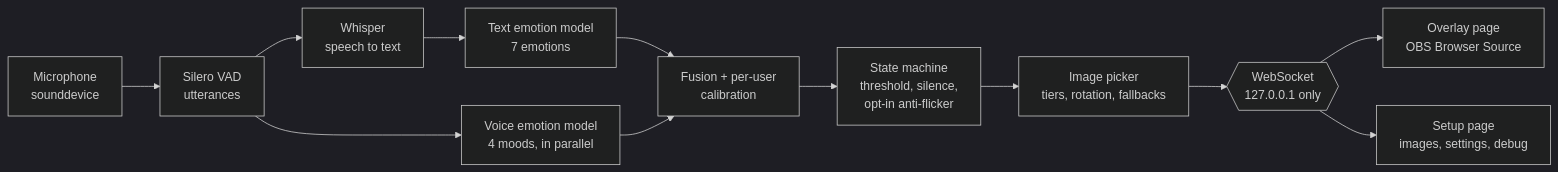
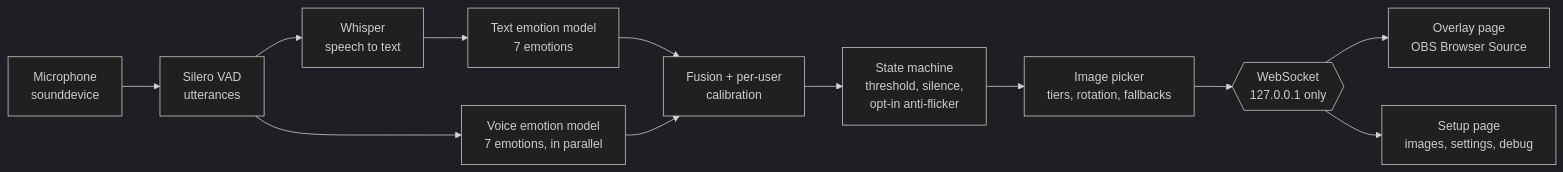
The diagram in README.md (pjang123/speech-emotion-overlay), drawn with Mermaid (dark theme) before and after one commit. The commit also changed other lines of this file and 45 other files, not shown here.

````diff
--- a/README.md
+++ b/README.md
@@ -24,14 +27,14 @@
 ```mermaid
 flowchart LR
     mic[Microphone<br/>sounddevice] --> vad[Silero VAD<br/>utterances]
     vad --> asr[Whisper<br/>speech to text]
     asr --> text[Text emotion model<br/>7 emotions]
-    vad --> voice[Voice emotion model<br/>4 moods, in parallel]
+    vad --> voice[Voice emotion model<br/>7 emotions, in parallel]
     text --> fusion[Fusion + per-user<br/>calibration]
     voice --> fusion
     fusion --> sm[State machine<br/>threshold, silence,<br/>opt-in anti-flicker]
     sm --> picker[Image picker<br/>tiers, rotation, fallbacks]
     picker --> ws{{WebSocket<br/>127.0.0.1 only}}
     ws --> overlay[Overlay page<br/>OBS Browser Source]
     ws --> setup[Setup page<br/>images, settings, debug]
 ```
````
